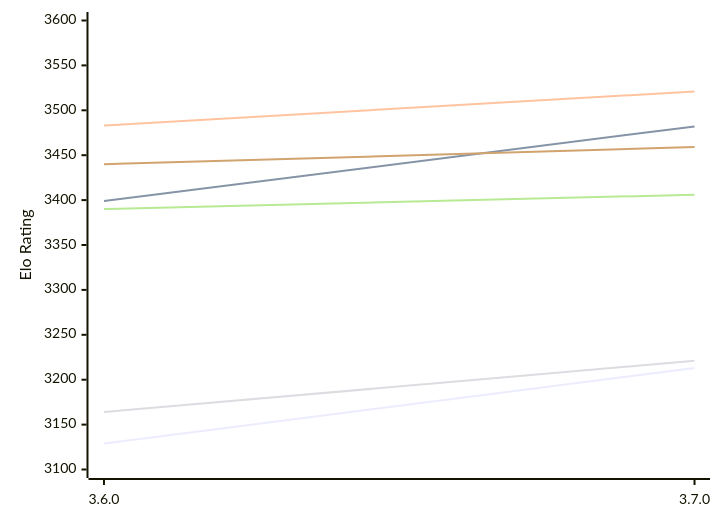
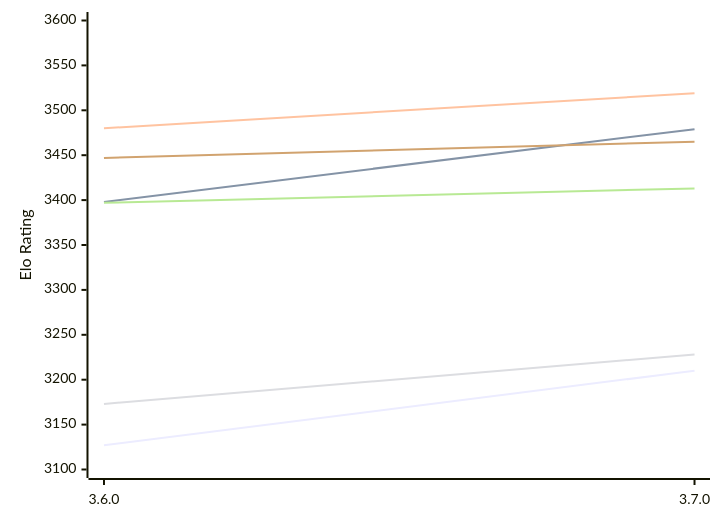
One commit to computer-chess-index/cci changed the diagram in engines/Simplechess.md. Above: the diagram before and after it, drawn with Mermaid. The commit also changed other lines of this file, not shown here.

Commit message:
Update CCI Ratings (ELO VLTC) - 2026-11-23

````diff
--- a/engines/Simplechess.md
+++ b/engines/Simplechess.md
@@ -49,12 +49,12 @@
 ```mermaid
 %%{init: {"theme":"base","themeVariables":{"seriesColors:['#a3a3a3','#222221','#faa371']}}}%%
 xychart-beta
   x-axis ["3.6.0", "3.7.0"]
   y-axis "Elo Rating" 3100 --> 3600
-  line "E1: STC (8.0+0.08s)" [3129, 3213]
-  line "E1: LTC (60.0+0.60s)" [3399, 3482]
-  line "E1: VLTC (2m24s+1.12s)" [3483, 3521]
-  line "P1: STC (8.0+0.08s)" [3164, 3221]
-  line "P1: LTC (60.0+0.60s)" [3390, 3406]
-  line "P1: VLTC (2m24s+1.12s)" [3440, 3459]
+  line "E1: STC (8.0+0.08s)" [3127, 3210]
+  line "E1: LTC (60.0+0.60s)" [3398, 3479]
+  line "E1: VLTC (2m24s+1.12s)" [3480, 3519]
+  line "P1: STC (8.0+0.08s)" [3173, 3228]
+  line "P1: LTC (60.0+0.60s)" [3397, 3413]
+  line "P1: VLTC (2m24s+1.12s)" [3447, 3465]
 ```
````
